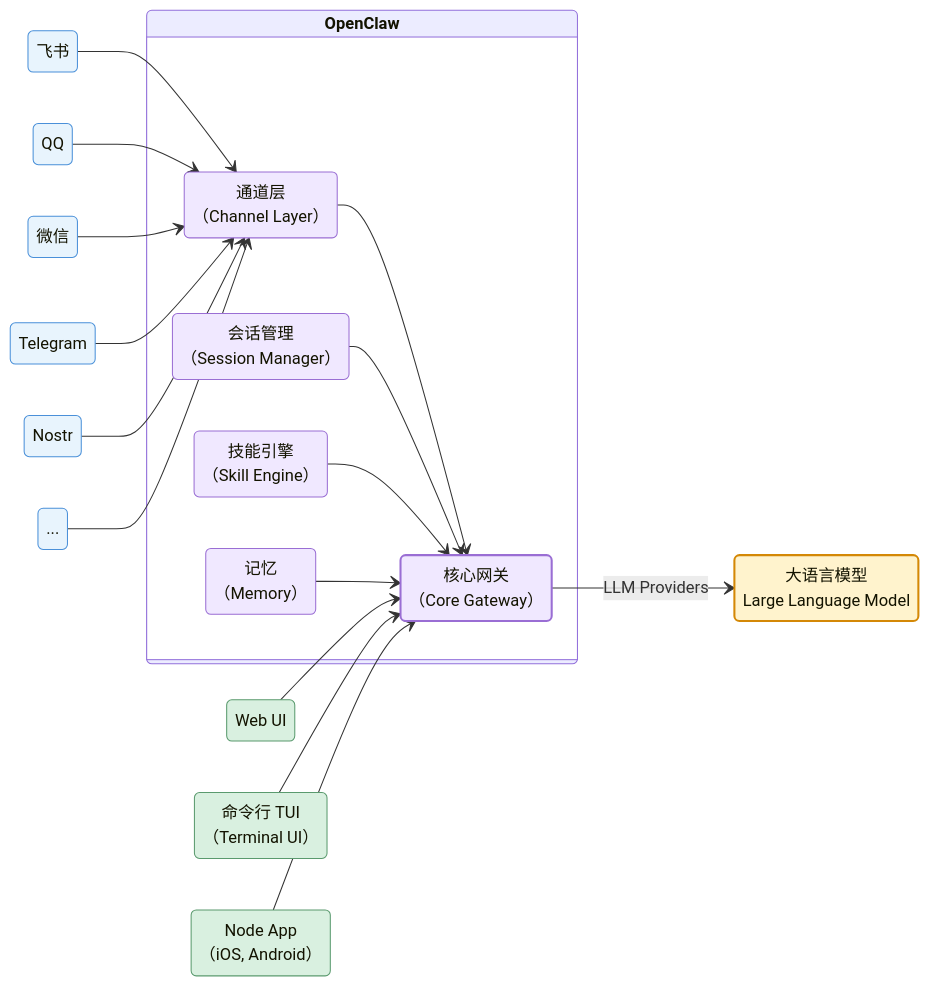
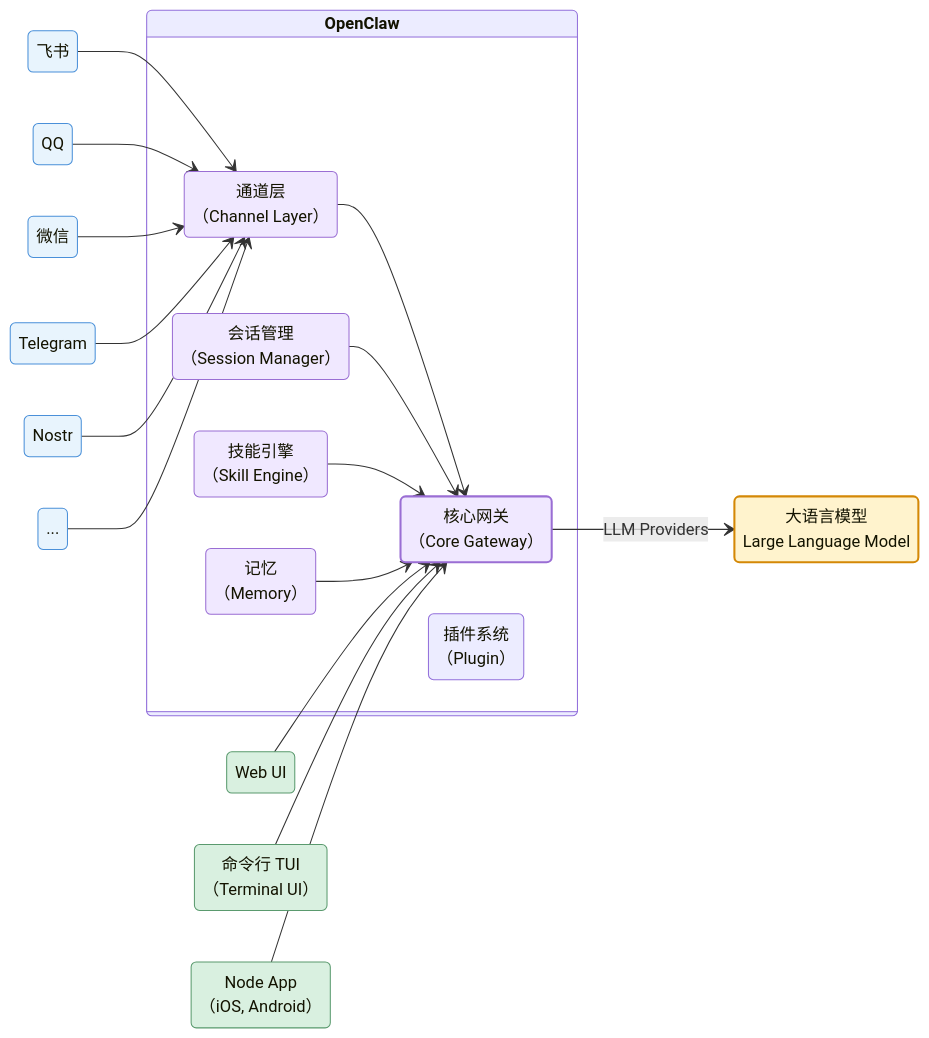
Before and after one commit to techunder/posts: the diagram in content/docs/ai-agent/2-agent.md, drawn with Mermaid. The commit also changed other lines of this file, not shown here.

````diff
--- a/content/docs/ai-agent/2-agent.md
+++ b/content/docs/ai-agent/2-agent.md
@@ -29,73 +29,74 @@
 ```mermaid
 stateDiagram-v2
     direction LR
 
     %% 外部平台（消息源）
     feishu   : 飞书
     qq       : QQ
     wechat   : 微信
     telegram : Telegram
     nostr    : Nostr
     otherch  : ...
 
     %% 客户端
     webui   : Web UI
     tui     : 命令行 TUI<br/>（Terminal UI）
     node_app: Node App<br/>（iOS, Android）
 
     %% 关键实体
     openclaw : <strong>OpenClaw</strong>
     llm      : 大语言模型<br/>Large Language Model
 
     %% OpenClaw 核心
     state openclaw {
         direction LR
         ch      : 通道层<br/>（Channel Layer）
         gw      : 核心网关<br/>（Core Gateway）
         skill   : 技能引擎<br/>（Skill Engine）
         session : 会话管理<br/>（Session Manager）
         mem     : 记忆<br/>（Memory）
+        plugin  : 插件系统<br/>（Plugin）
 
         ch      --> gw
         session --> gw
         skill   --> gw
         mem     --> gw
     }
 
     %% 外部平台 → Channel Layer
     feishu   --> ch
     qq       --> ch
     wechat   --> ch
     telegram --> ch
     nostr    --> ch
     otherch    --> ch
 
     %% 客户端 → Gateway
     webui   --> gw
     tui     --> gw
     node_app--> gw
 
     %% Gateway → LLM
     gw --> llm : LLM Providers
 
     %% 样式
     style feishu    fill:#e8f4fd,stroke:#4a90d9
     style qq        fill:#e8f4fd,stroke:#4a90d9
     style wechat    fill:#e8f4fd,stroke:#4a90d9
     style telegram  fill:#e8f4fd,stroke:#4a90d9
     style nostr     fill:#e8f4fd,stroke:#4a90d9
     style otherch   fill:#e8f4fd,stroke:#4a90d9
 
     style webui     fill:#d9f0e0,stroke:#5a9a6e
     style tui       fill:#d9f0e0,stroke:#5a9a6e
     style node_app  fill:#d9f0e0,stroke:#5a9a6e
 
     style openclaw  fill:#f5f5f5,stroke:#999,stroke-width:2px
     style gw        fill:#f0e8ff,stroke:#9a6ed4,stroke-width:2px
     style ch        fill:#f0e8ff,stroke:#9a6ed4
     style session   fill:#f0e8ff,stroke:#9a6ed4
     style mem       fill:#f0e8ff,stroke:#9a6ed4
     style skill     fill:#f0e8ff,stroke:#9a6ed4
 
     style llm       fill:#fff3cd,stroke:#d48806,stroke-width:2px
 ```
````
